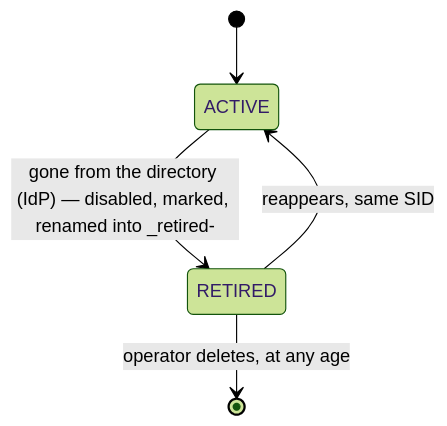
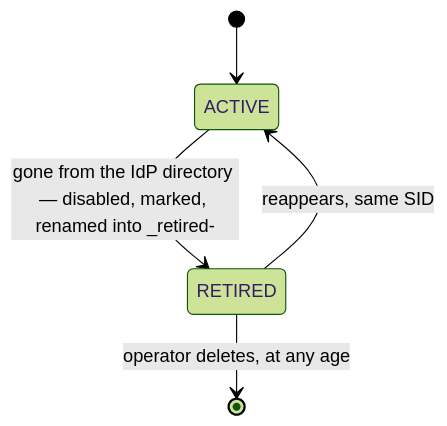
Before and after one commit to elonen/kerbridge: the second of 2 diagrams in docs/design/identity-and-directory.md, drawn with Mermaid (forest theme). The commit also changed other lines of this file and 65 other files, not shown here.

````diff
--- a/docs/design/identity-and-directory.md
+++ b/docs/design/identity-and-directory.md
@@ -352,7 +352,7 @@
 ```mermaid
 stateDiagram-v2
     [*] --> ACTIVE
-    ACTIVE --> RETIRED: gone from the directory (IdP) — disabled, marked, renamed into _retired-
+    ACTIVE --> RETIRED: gone from the IdP directory — disabled, marked, renamed into _retired-
     RETIRED --> ACTIVE: reappears, same SID
     RETIRED --> [*]: operator deletes, at any age
 ```
````
